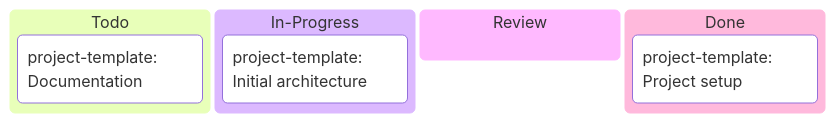
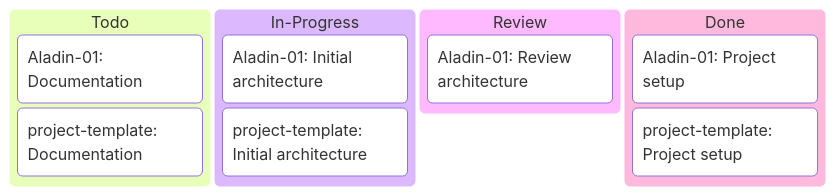
One commit to Katty-Fashion/kf-cpto changed the diagram in docs/unified-kanban.md. Above: the diagram before and after it, drawn with Mermaid. The commit also changed other lines of this file and 4 other files, not shown here.

````diff
--- a/docs/unified-kanban.md
+++ b/docs/unified-kanban.md
@@ -10,10 +10,14 @@
 ```mermaid
 kanban
   Todo
-    task3[project-template: Documentation]
+    task4[Aladin-01: Documentation]
+    task7[project-template: Documentation]
   In-Progress
-    task2[project-template: Initial architecture]
+    task2[Aladin-01: Initial architecture]
+    task6[project-template: Initial architecture]
   Review
+    task3[Aladin-01: Review architecture]
   Done
-    task1[project-template: Project setup]
+    task1[Aladin-01: Project setup]
+    task5[project-template: Project setup]
 ```
````
